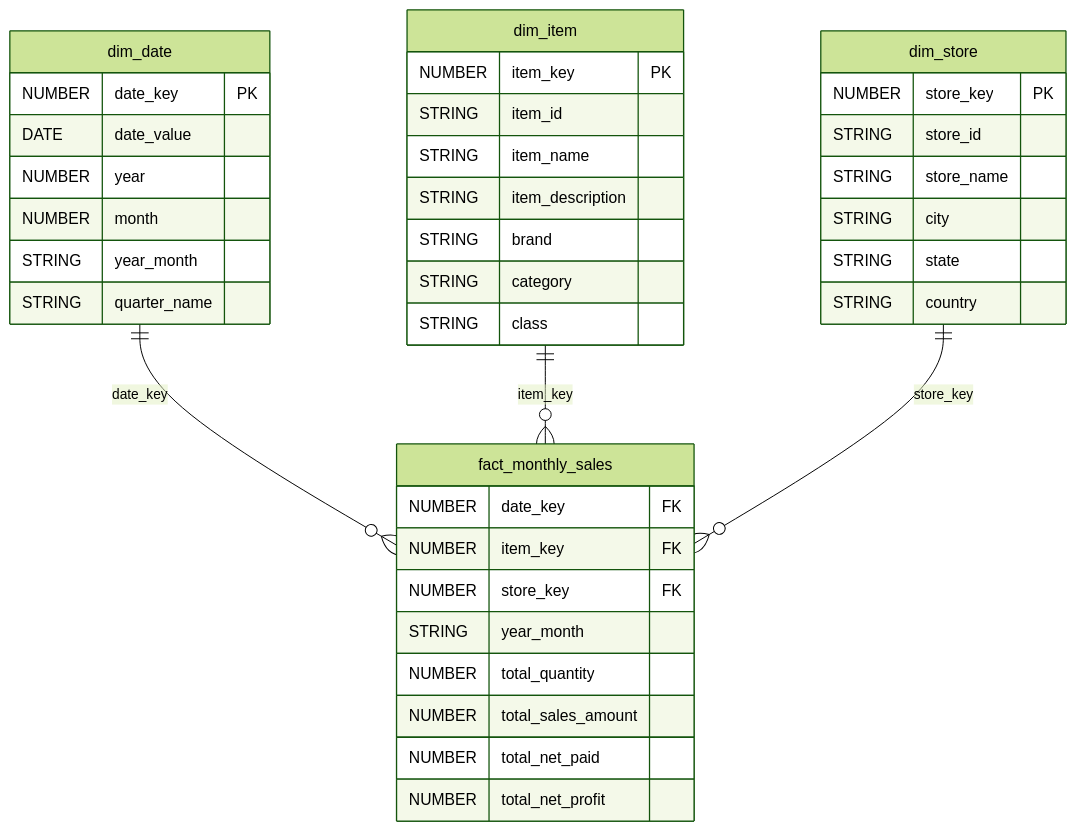
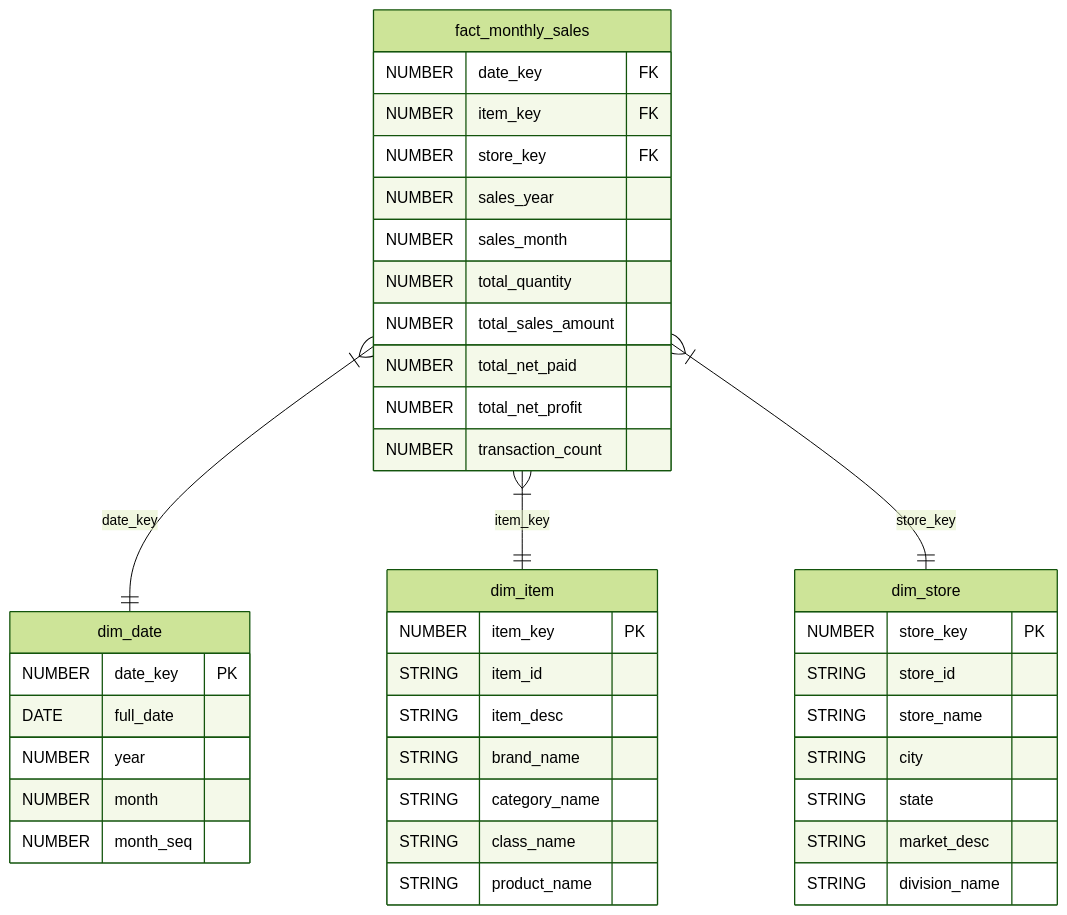
One commit to mrmaheshdattamishra-crypto/etl-scripts changed the third of 3 diagrams in agentic-code/monthly_sales_star_schema/README.md. Above: the diagram before and after it, drawn with Mermaid (forest theme). The commit also changed other lines of this file, not shown here.

First line of the commit message:
Add monthly sales star schema ETL design document

````diff
--- a/agentic-code/monthly_sales_star_schema/README.md
+++ b/agentic-code/monthly_sales_star_schema/README.md
@@ -197,45 +210,47 @@
 ```mermaid
 erDiagram
     fact_monthly_sales {
         NUMBER date_key FK
         NUMBER item_key FK
         NUMBER store_key FK
-        STRING year_month
+        NUMBER sales_year
+        NUMBER sales_month
         NUMBER total_quantity
         NUMBER total_sales_amount
         NUMBER total_net_paid
         NUMBER total_net_profit
+        NUMBER transaction_count
     }
     
     dim_date {
         NUMBER date_key PK
-        DATE date_value
+        DATE full_date
         NUMBER year
         NUMBER month
-        STRING year_month
-        STRING quarter_name
+        NUMBER month_seq
     }
     
     dim_item {
         NUMBER item_key PK
         STRING item_id
-        STRING item_name
-        STRING item_description
-        STRING brand
-        STRING category
-        STRING class
+        STRING item_desc
+        STRING brand_name
+        STRING category_name
+        STRING class_name
+        STRING product_name
     }
     
     dim_store {
         NUMBER store_key PK
         STRING store_id
         STRING store_name
         STRING city
         STRING state
-        STRING country
+        STRING market_desc
+        STRING division_name
     }
     
-    dim_date ||--o{ fact_monthly_sales : date_key
-    dim_item ||--o{ fact_monthly_sales : item_key
-    dim_store ||--o{ fact_monthly_sales : store_key
+    fact_monthly_sales }|--|| dim_date : "date_key"
+    fact_monthly_sales }|--|| dim_item : "item_key"
+    fact_monthly_sales }|--|| dim_store : "store_key"
 ```
````
